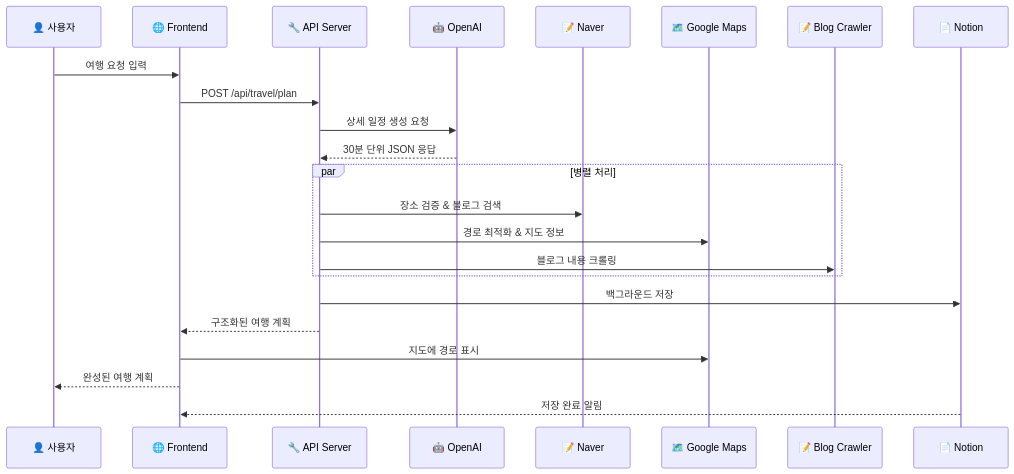
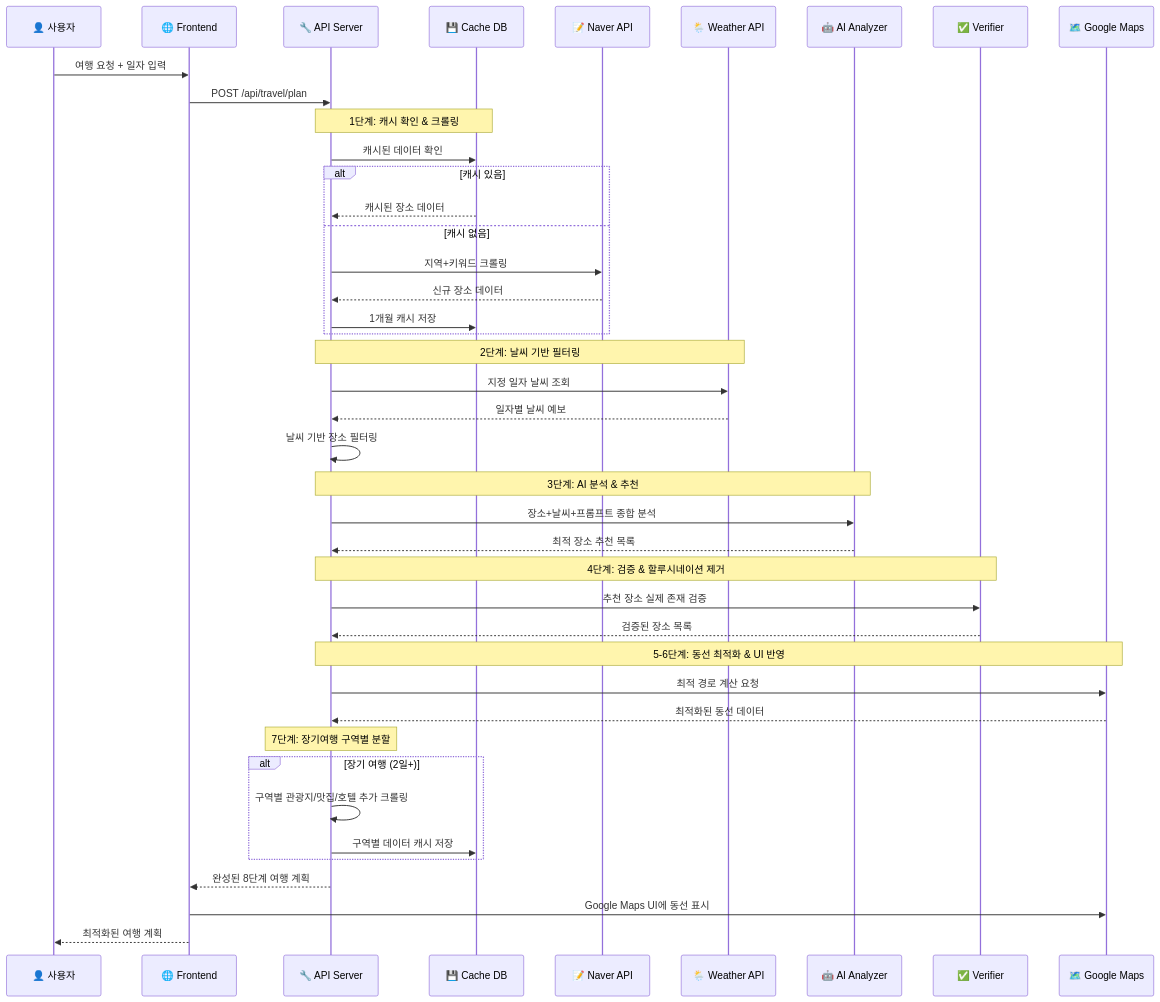
The second of 2 diagrams in README.MD (idle0403/travel-recommend-korea), drawn with Mermaid before and after one commit. The commit also changed other lines of this file and 21 other files, not shown here.

````diff
--- a/README.MD
+++ b/README.MD
@@ -163,28 +215,52 @@
 ```mermaid
 sequenceDiagram
     participant U as 👤 사용자
     participant F as 🌐 Frontend
     participant A as 🔧 API Server
-    participant AI as 🤖 OpenAI
-    participant N as 📝 Naver
+    participant C as 💾 Cache DB
+    participant N as 📝 Naver API
+    participant W as 🌦️ Weather API
+    participant AI as 🤖 AI Analyzer
+    participant V as ✅ Verifier
     participant G as 🗺️ Google Maps
-    participant B as 📝 Blog Crawler
-    participant NO as 📄 Notion
     
-    U->>F: 여행 요청 입력
+    U->>F: 여행 요청 + 일자 입력
     F->>A: POST /api/travel/plan
-    A->>AI: 상세 일정 생성 요청
-    AI-->>A: 30분 단위 JSON 응답
     
-    par 병렬 처리
-        A->>N: 장소 검증 & 블로그 검색
-        A->>G: 경로 최적화 & 지도 정보
-        A->>B: 블로그 내용 크롤링
+    Note over A,C: 1단계: 캐시 확인 & 크롤링
+    A->>C: 캐시된 데이터 확인
+    alt 캐시 있음
+        C-->>A: 캐시된 장소 데이터
+    else 캐시 없음
+        A->>N: 지역+키워드 크롤링
+        N-->>A: 신규 장소 데이터
+        A->>C: 1개월 캐시 저장
     end
     
-    A->>NO: 백그라운드 저장
-    A-->>F: 구조화된 여행 계획
-    F->>G: 지도에 경로 표시
-    F-->>U: 완성된 여행 계획
-    NO-->>F: 저장 완료 알림
+    Note over A,W: 2단계: 날씨 기반 필터링
+    A->>W: 지정 일자 날씨 조회
+    W-->>A: 일자별 날씨 예보
+    A->>A: 날씨 기반 장소 필터링
+    
+    Note over A,AI: 3단계: AI 분석 & 추천
+    A->>AI: 장소+날씨+프롬프트 종합 분석
+    AI-->>A: 최적 장소 추천 목록
+    
+    Note over A,V: 4단계: 검증 & 할루시네이션 제거
+    A->>V: 추천 장소 실제 존재 검증
+    V-->>A: 검증된 장소 목록
+    
+    Note over A,G: 5-6단계: 동선 최적화 & UI 반영
+    A->>G: 최적 경로 계산 요청
+    G-->>A: 최적화된 동선 데이터
+    
+    Note over A,A: 7단계: 장기여행 구역별 분할
+    alt 장기 여행 (2일+)
+        A->>A: 구역별 관광지/맛집/호텔 추가 크롤링
+        A->>C: 구역별 데이터 캐시 저장
+    end
+    
+    A-->>F: 완성된 8단계 여행 계획
+    F->>G: Google Maps UI에 동선 표시
+    F-->>U: 최적화된 여행 계획
 ```
````
